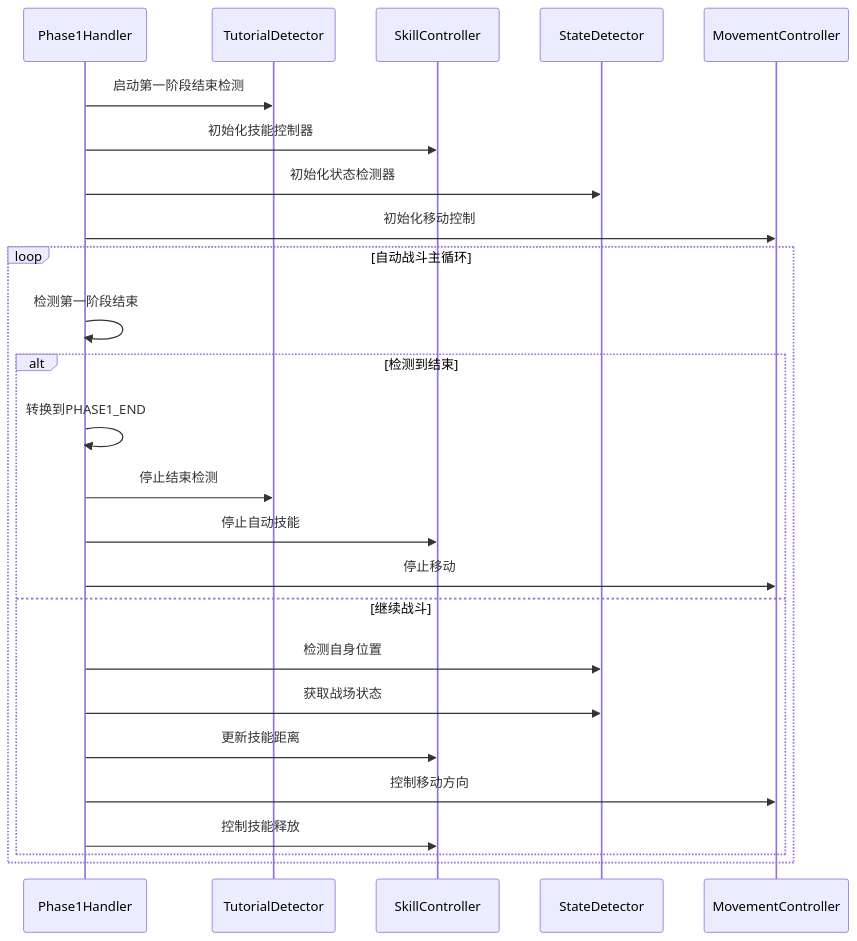
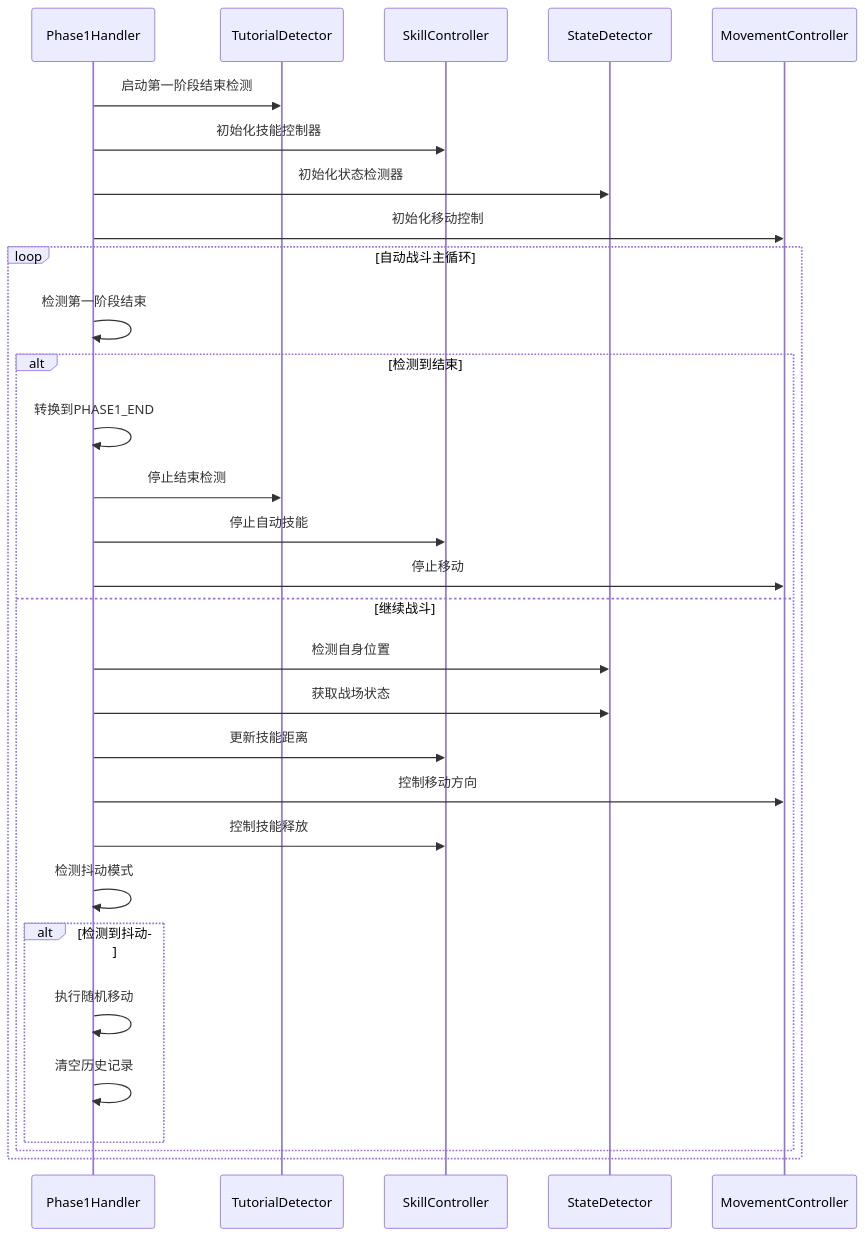
The fourth of 5 diagrams in .qoder/repowiki/zh/content/Tutorial Phase1 Handler.md (xsy098-max/ok-jump), drawn with Mermaid before and after one commit. The commit also changed other lines of this file and 14 other files, not shown here.

````diff
--- a/.qoder/repowiki/zh/content/Tutorial Phase1 Handler.md
+++ b/.qoder/repowiki/zh/content/Tutorial Phase1 Handler.md
@@ -254,27 +271,32 @@
 ```mermaid
 sequenceDiagram
 participant PH as Phase1Handler
 participant TD as TutorialDetector
 participant SC as SkillController
 participant SD as StateDetector
 participant MC as MovementController
 PH->>TD : 启动第一阶段结束检测
 PH->>SC : 初始化技能控制器
 PH->>SD : 初始化状态检测器
 PH->>MC : 初始化移动控制
 loop 自动战斗主循环
 PH->>PH : 检测第一阶段结束
 alt 检测到结束
 PH->>PH : 转换到PHASE1_END
 PH->>TD : 停止结束检测
 PH->>SC : 停止自动技能
 PH->>MC : 停止移动
 else 继续战斗
 PH->>SD : 检测自身位置
 PH->>SD : 获取战场状态
 PH->>SC : 更新技能距离
 PH->>MC : 控制移动方向
 PH->>SC : 控制技能释放
+PH->>PH : 检测抖动模式
+alt 检测到抖动
+PH->>PH : 执行随机移动
+PH->>PH : 清空历史记录
+end
 end
 end
 ```
````
